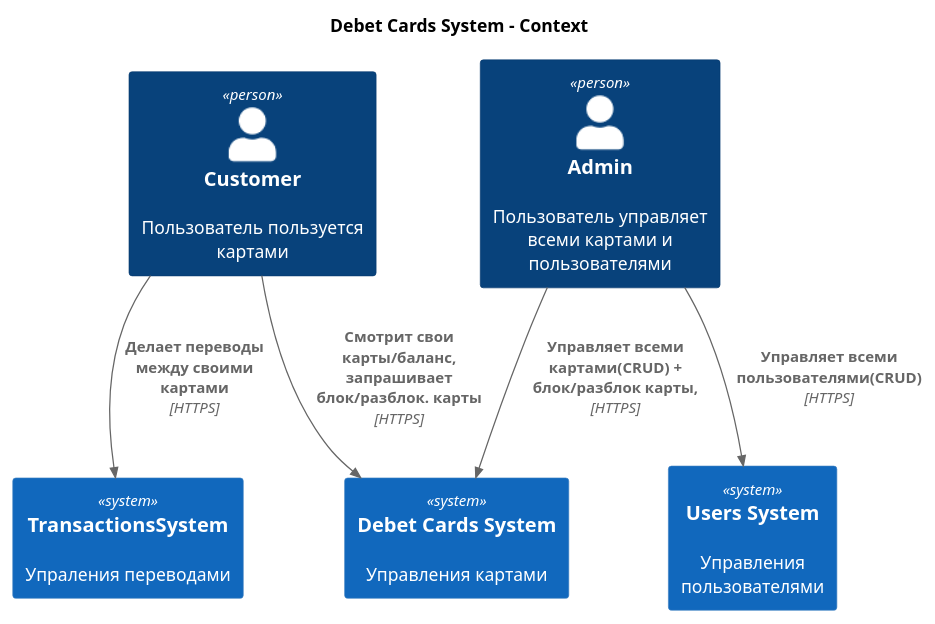
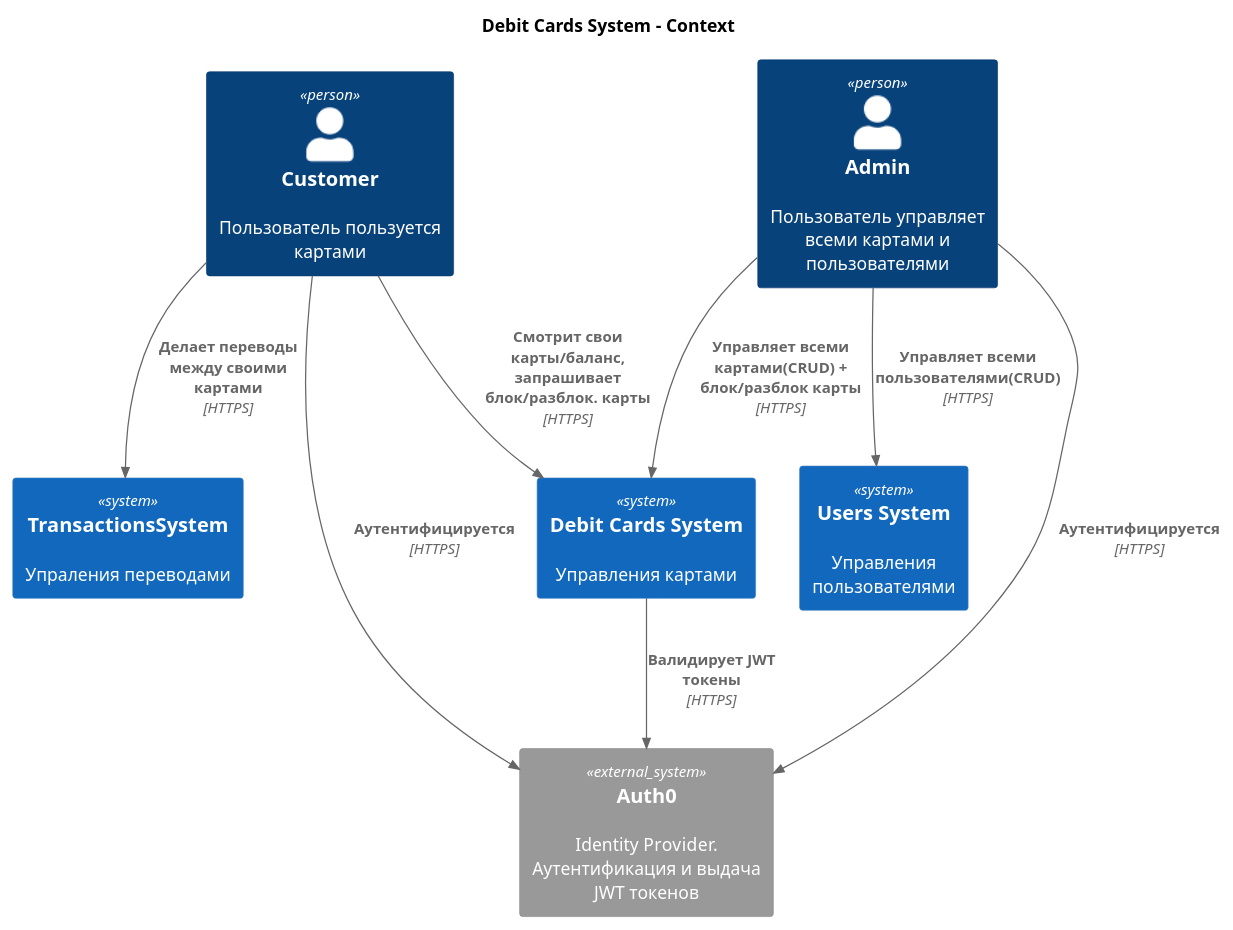
The diagram in docs/diagrams/c4/context/Cards_context.puml (sardor-soib/Bank-card-service), drawn with PlantUML before and after one commit. The commit also changed 9 other files, not shown here.

First line of the commit message:
Fix startup, Auth0 JWT config, and add missing Liquibase migration

```diff
--- a/docs/diagrams/c4/context/Cards_context.puml
+++ b/docs/diagrams/c4/context/Cards_context.puml
@@ -1,19 +1,25 @@
 @startuml
 !include https://raw.githubusercontent.com/plantuml-stdlib/C4-PlantUML/master/C4_Context.puml
 
-title Debet Cards System - Context
+title Debit Cards System - Context
 
 Person(customer, "Customer", "Пользователь пользуется картами")
 Person(admin, "Admin", "Пользователь управляет всеми картами и пользователями")
 
-System(debetCardsSystem, "Debet Cards System", "Управления картами")
 System(transactionsSystem, "TransactionsSystem", "Упраления переводами")
+System(debitCardsSystem, "Debit Cards System", "Управления картами")
 System(usersSystem, "Users System", "Управления пользователями")
 
+System_Ext(auth0, "Auth0", "Identity Provider. Аутентификация и выдача JWT токенов")
 
-Rel(customer, debetCardsSystem, "Смотрит свои карты/баланс, запрашивает блок/разблок. карты", "HTTPS")
+Rel(customer, debitCardsSystem, "Смотрит свои карты/баланс, запрашивает блок/разблок. карты", "HTTPS")
 Rel(customer, transactionsSystem, "Делает переводы между своими картами", "HTTPS")
-Rel(admin, debetCardsSystem, "Управляет всеми картами(CRUD) + блок/разблок карты, ", "HTTPS")
+Rel(customer, auth0, "Аутентифицируется", "HTTPS")
+
+Rel(admin, debitCardsSystem, "Управляет всеми картами(CRUD) + блок/разблок карты", "HTTPS")
+Rel(admin, auth0, "Аутентифицируется", "HTTPS")
 Rel(admin, usersSystem, "Управляет всеми пользователями(CRUD)", "HTTPS")
 
+Rel(debitCardsSystem, auth0, "Валидирует JWT токены", "HTTPS")
+
 @enduml
```
